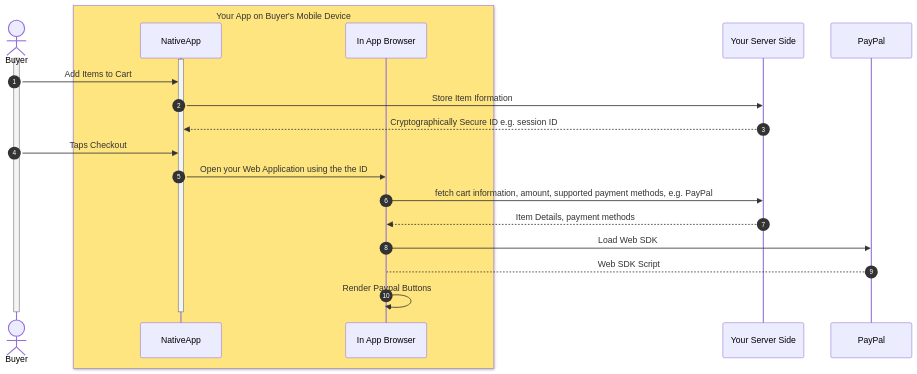
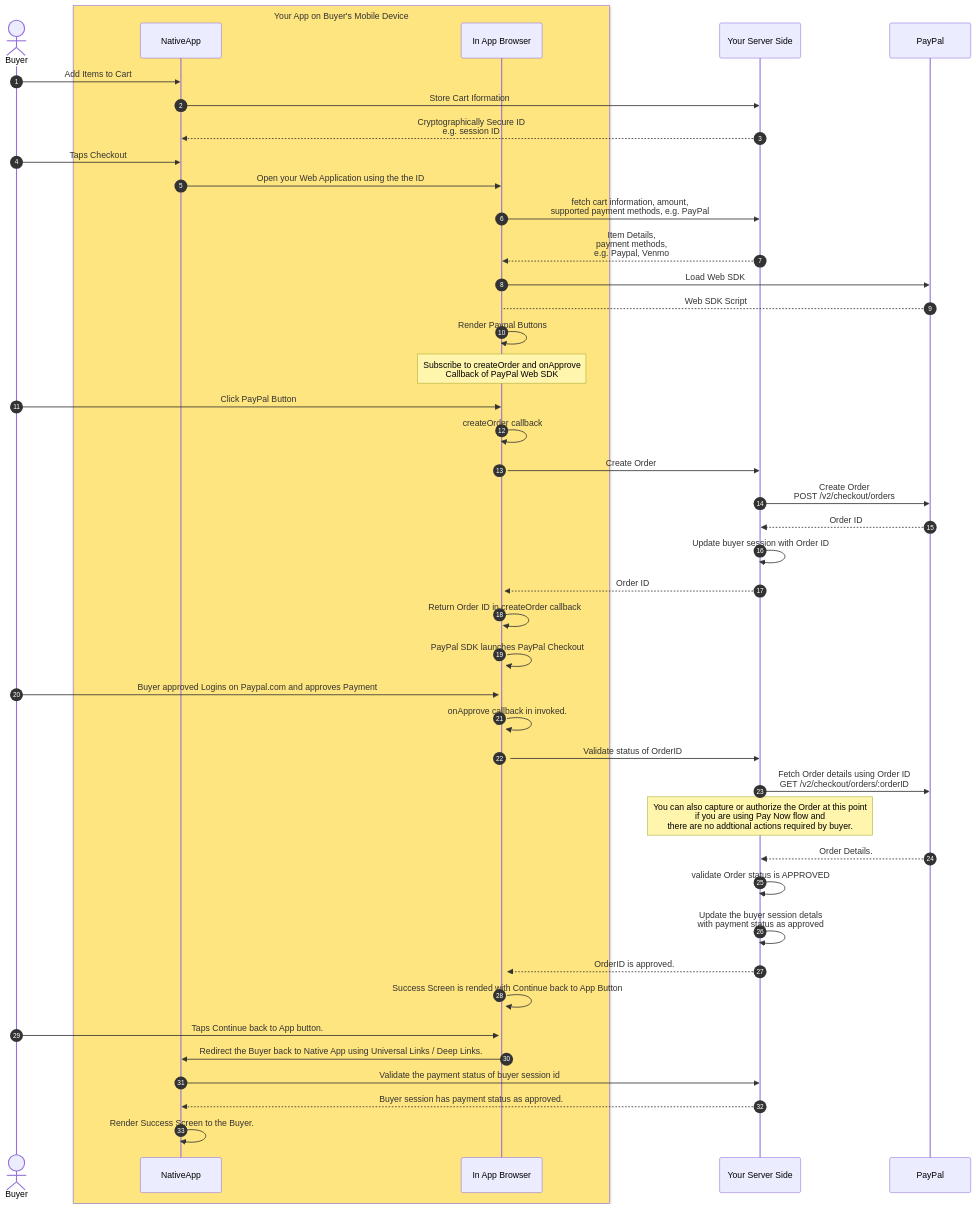
Before and after one commit to paypal-examples/mobile-app-web-sdk-integration-example: the diagram in README.md, drawn with Mermaid. The commit also changed other lines of this file, not shown here.

````diff
--- a/README.md
+++ b/README.md
@@ -25,41 +30,51 @@
 ```mermaid
 sequenceDiagram
-autoNumber
-actor buyer as Buyer
-participant app as NativeApp
-participant iab as In App Browser
-participant server as Your Server Side
-participant paypal as PayPal
+  actor buyer as Buyer
+  participant app as NativeApp
+  participant iab as In App Browser
+  participant server as Your Server Side
+  participant paypal as PayPal
+  autonumber
+
+  box rgb(255, 229, 127) Your App on Buyer's Mobile Device
+    participant app
+    participant iab
+  end
 
 
-box rgb(255, 229, 127) Your App on Buyer's Mobile Device
-participant app
-participant iab
-end
-
-
-
-activate buyer
-
-activate app
-
-buyer ->> app : Add Items to Cart
-app ->> server : Store Item Iformation 
-server -->> app : Cryptographically Secure ID e.g. session ID
-
-buyer ->> app : Taps Checkout
-
-app ->> iab : Open your Web Application using the the ID
-iab ->> server : fetch cart information, amount, supported payment methods, e.g. PayPal
-
-server -->> iab : Item Details, payment methods
-iab ->> paypal : Load Web SDK
-paypal --> iab : Web SDK Script
-iab ->> iab : Render Paypal Buttons
-
-
-
-deactivate app
-
-deactivate buyer
+  buyer ->> app: Add Items to Cart
+  app ->> server: Store Cart Iformation
+  server -->> app: Cryptographically Secure ID<br/>e.g. session ID
+  buyer ->> app: Taps Checkout
+  app ->> iab: Open your Web Application using the the ID
+  iab ->> server: fetch cart information, amount,<br/>supported payment methods, e.g. PayPal
+  server -->> iab: Item Details,<br/>payment methods,<br/>e.g. Paypal, Venmo
+  iab ->> paypal: Load Web SDK
+  paypal --> iab: Web SDK Script
+  iab ->> iab: Render Paypal Buttons
+    Note over iab: Subscribe to createOrder and onApprove<br/>Callback of PayPal Web SDK
+  buyer ->> iab: Click PayPal Button
+  iab ->>+ iab: createOrder callback
+  iab ->> server : Create Order
+  server ->> paypal: Create Order<br/>POST /v2/checkout/orders
+  paypal -->> server : Order ID
+  server ->> server: Update buyer session with Order ID
+  server -->> iab: Order ID
+  iab ->>+ iab : Return Order ID in createOrder callback
+  iab ->> iab: PayPal SDK launches PayPal Checkout
+  buyer ->> iab : Buyer approved Logins on Paypal.com and approves Payment
+  iab ->> iab : onApprove callback in invoked.
+  iab ->> server: Validate status of OrderID
+  server ->> paypal: Fetch Order details using Order ID<br/>GET /v2/checkout/orders/:orderID
+  Note over server: You can also capture or authorize the Order at this point<br/>if you are using Pay Now flow and<br/>there are no addtional actions required by buyer.
+  paypal -->> server : Order Details.
+  server ->> server: validate Order status is APPROVED  
+  server ->> server: Update the buyer session detals<br/>with payment status as approved
+  server -->> iab : OrderID is approved.
+  iab ->> iab : Success Screen is rended with Continue back to App Button
+  buyer ->> iab: Taps Continue back to App button.
+  iab ->> app: Redirect the Buyer back to Native App using Universal Links / Deep Links.
+  app ->> server: Validate the payment status of buyer session id
+  server -->> app: Buyer session has payment status as approved.
+  app ->> app : Render Success Screen to the Buyer.
 ```
````
